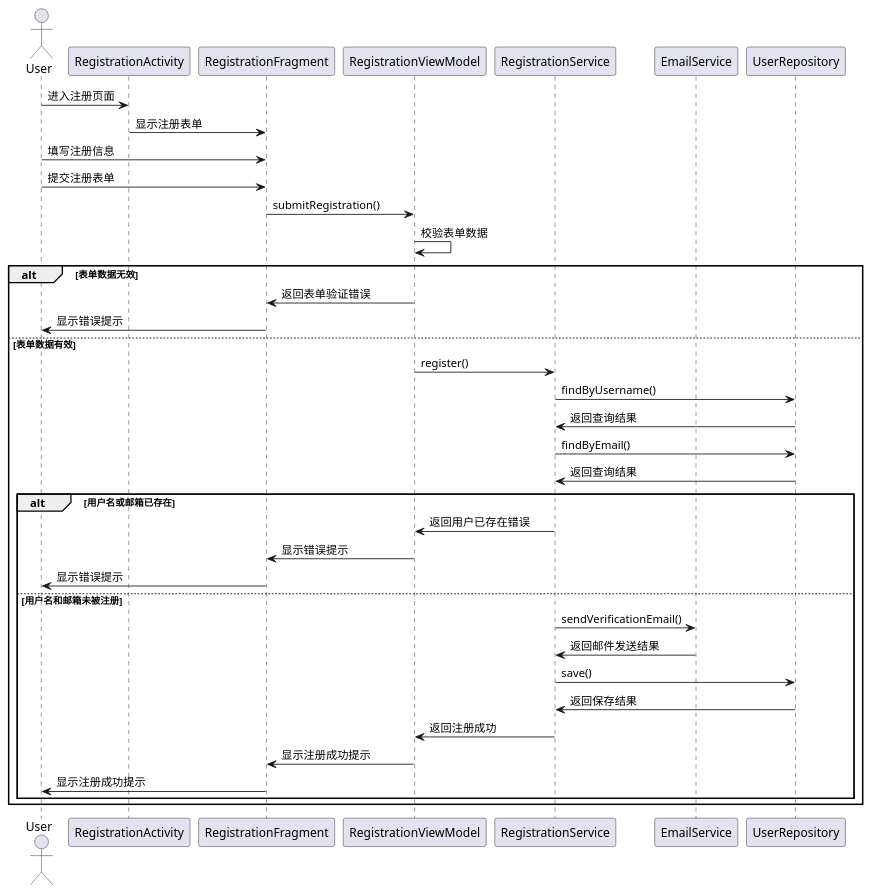
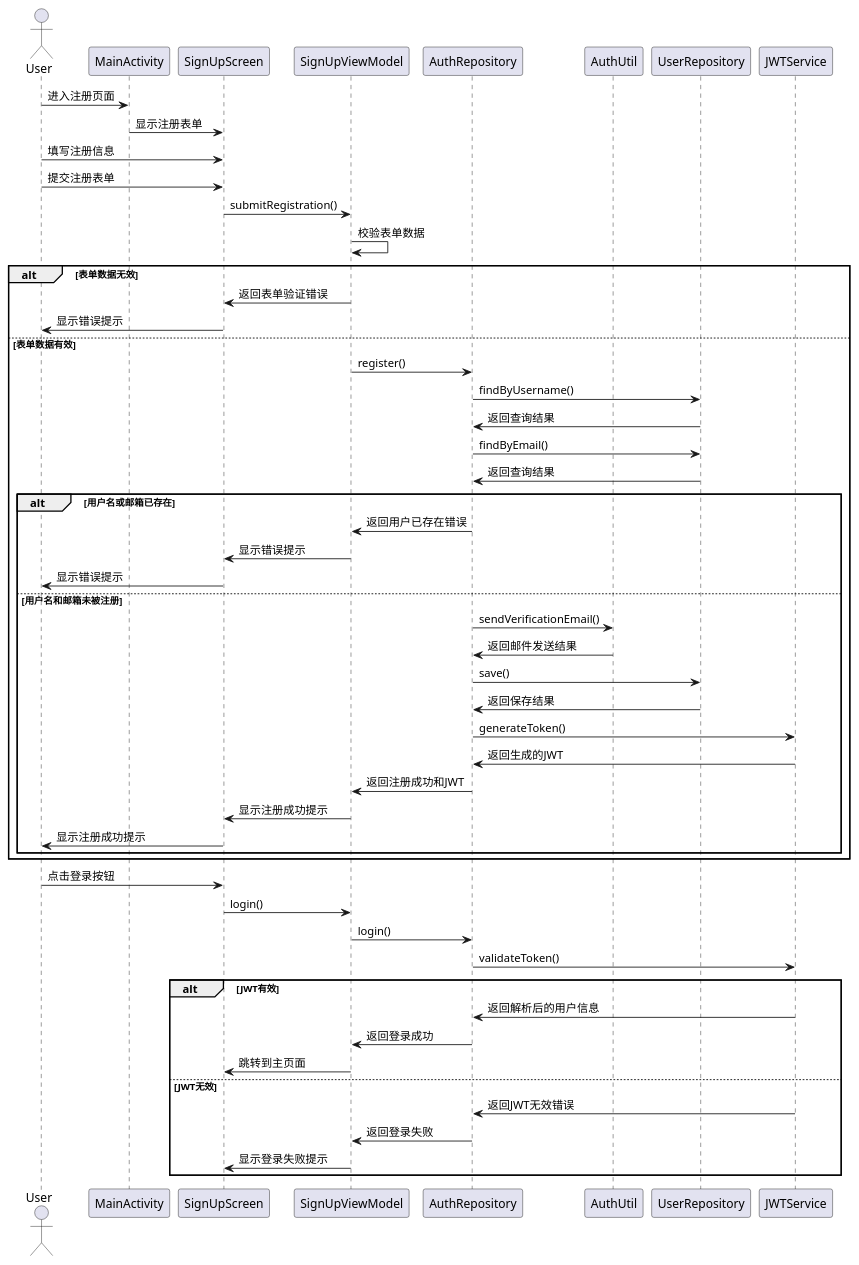
One commit to Mai-hh/BookCrosser changed the diagram in diagrams/uml/用户管理/注册时序.puml. Above: the diagram before and after it, drawn with PlantUML. The commit also changed 15 other files, not shown here.

```diff
--- a/diagrams/uml/用户管理/注册时序.puml
+++ b/diagrams/uml/用户管理/注册时序.puml
@@ -1,47 +1,67 @@
 @startuml
 actor User
-participant RegistrationActivity
-participant RegistrationFragment
-participant RegistrationViewModel
-participant RegistrationService
-participant EmailService
+participant MainActivity
+participant SignUpScreen
+participant SignUpViewModel
+participant AuthRepository
+participant AuthUtil
 participant UserRepository
+participant JWTService
 
-User -> RegistrationActivity: 进入注册页面
-RegistrationActivity -> RegistrationFragment: 显示注册表单
+User -> MainActivity: 进入注册页面
+MainActivity -> SignUpScreen: 显示注册表单
 
-User -> RegistrationFragment: 填写注册信息
-User -> RegistrationFragment: 提交注册表单
+User -> SignUpScreen: 填写注册信息
+User -> SignUpScreen: 提交注册表单
 
-RegistrationFragment -> RegistrationViewModel: submitRegistration()
+SignUpScreen -> SignUpViewModel: submitRegistration()
 
-RegistrationViewModel -> RegistrationViewModel: 校验表单数据
+SignUpViewModel -> SignUpViewModel: 校验表单数据
 alt 表单数据无效
-    RegistrationViewModel -> RegistrationFragment: 返回表单验证错误
-    RegistrationFragment -> User: 显示错误提示
+   SignUpViewModel -> SignUpScreen: 返回表单验证错误
+   SignUpScreen -> User: 显示错误提示
 else 表单数据有效
-    RegistrationViewModel -> RegistrationService: register()
+   SignUpViewModel -> AuthRepository: register()
 
-    RegistrationService -> UserRepository: findByUsername()
-    UserRepository -> RegistrationService: 返回查询结果
+   AuthRepository -> UserRepository: findByUsername()
+   UserRepository -> AuthRepository: 返回查询结果
 
-    RegistrationService -> UserRepository: findByEmail()
-    UserRepository -> RegistrationService: 返回查询结果
+   AuthRepository -> UserRepository: findByEmail()
+   UserRepository -> AuthRepository: 返回查询结果
 
-    alt 用户名或邮箱已存在
-        RegistrationService -> RegistrationViewModel: 返回用户已存在错误
-        RegistrationViewModel -> RegistrationFragment: 显示错误提示
-        RegistrationFragment -> User: 显示错误提示
-    else 用户名和邮箱未被注册
-        RegistrationService -> EmailService: sendVerificationEmail()
-        EmailService -> RegistrationService: 返回邮件发送结果
+   alt 用户名或邮箱已存在
+       AuthRepository -> SignUpViewModel: 返回用户已存在错误
+       SignUpViewModel -> SignUpScreen: 显示错误提示
+       SignUpScreen -> User: 显示错误提示
+   else 用户名和邮箱未被注册
+       AuthRepository -> AuthUtil: sendVerificationEmail()
+       AuthUtil -> AuthRepository: 返回邮件发送结果
 
-        RegistrationService -> UserRepository: save()
-        UserRepository -> RegistrationService: 返回保存结果
+       AuthRepository -> UserRepository: save()
+       UserRepository -> AuthRepository: 返回保存结果
 
-        RegistrationService -> RegistrationViewModel: 返回注册成功
-        RegistrationViewModel -> RegistrationFragment: 显示注册成功提示
-        RegistrationFragment -> User: 显示注册成功提示
-    end
+       AuthRepository -> JWTService: generateToken()
+       JWTService -> AuthRepository: 返回生成的JWT
+
+       AuthRepository -> SignUpViewModel: 返回注册成功和JWT
+       SignUpViewModel -> SignUpScreen: 显示注册成功提示
+       SignUpScreen -> User: 显示注册成功提示
+   end
+end
+
+User -> SignUpScreen: 点击登录按钮
+SignUpScreen -> SignUpViewModel: login()
+
+SignUpViewModel -> AuthRepository: login()
+AuthRepository -> JWTService: validateToken()
+
+alt JWT有效
+   JWTService -> AuthRepository: 返回解析后的用户信息
+   AuthRepository -> SignUpViewModel: 返回登录成功
+   SignUpViewModel -> SignUpScreen: 跳转到主页面
+else JWT无效
+   JWTService -> AuthRepository: 返回JWT无效错误
+   AuthRepository -> SignUpViewModel: 返回登录失败
+   SignUpViewModel -> SignUpScreen: 显示登录失败提示
 end
 @enduml
```
